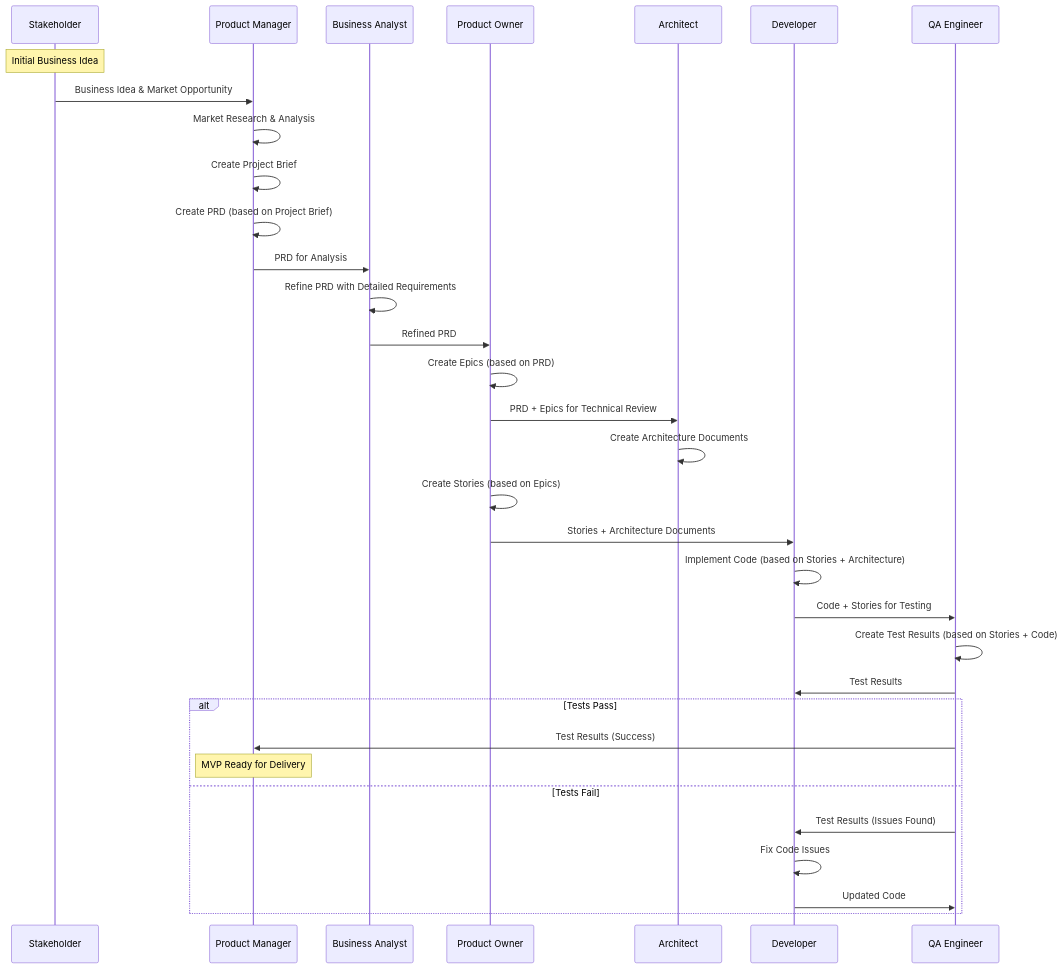
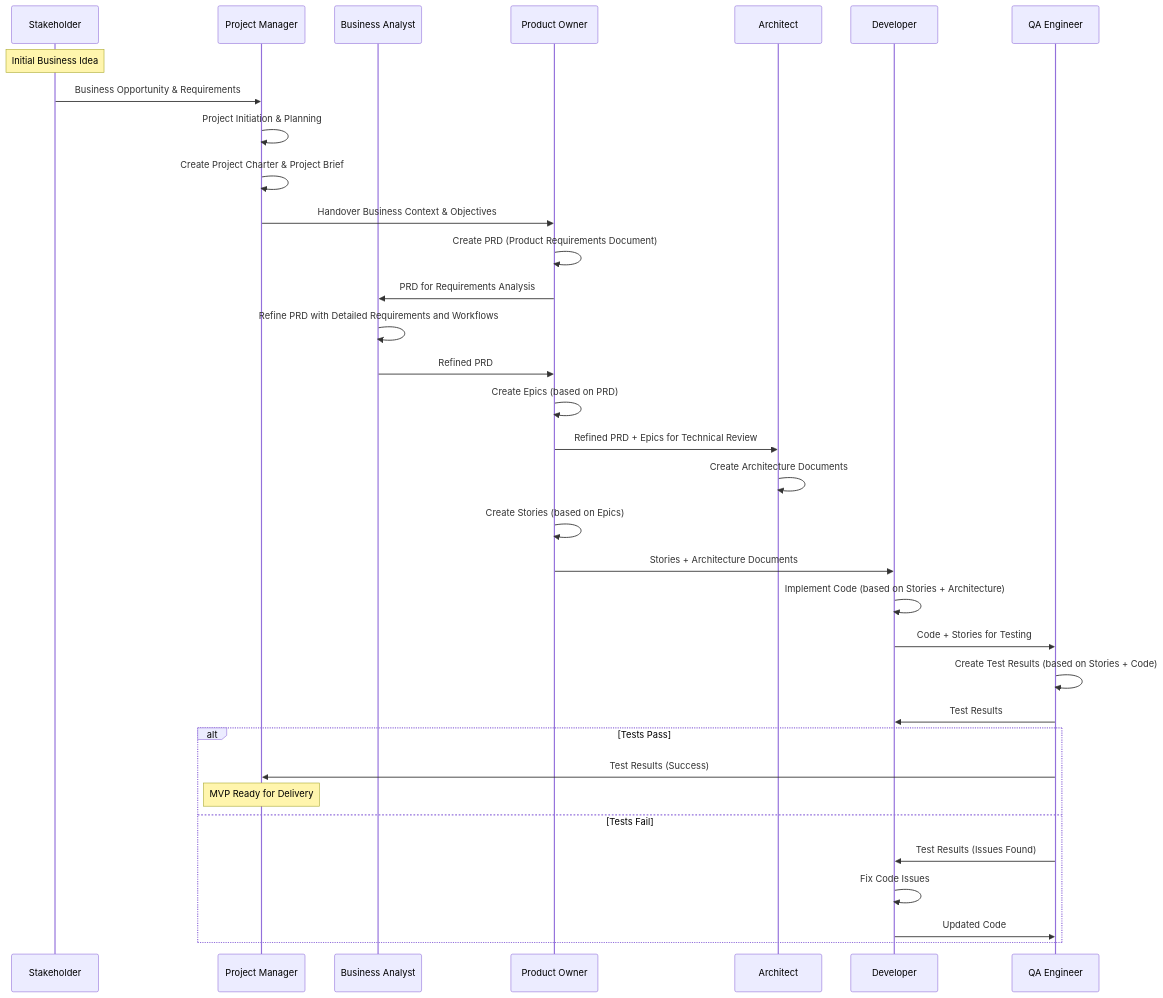
The third of 3 diagrams in docs/architecture/13-sdlc-framework.md (KubeRocketCI/kuberocketai), drawn with Mermaid before and after one commit. The commit also changed other lines of this file and 45 other files, not shown here.

````diff
--- a/docs/architecture/13-sdlc-framework.md
+++ b/docs/architecture/13-sdlc-framework.md
@@ -205,43 +221,44 @@
 ```mermaid
 sequenceDiagram
-    participant Stakeholder
-    participant PM as Product Manager
-    participant BA as Business Analyst
-    participant PO as Product Owner
-    participant Arch as Architect
-    participant Dev as Developer
-    participant QA as QA Engineer
+ participant Stakeholder
+ participant PM as Project Manager
+ participant BA as Business Analyst
+ participant PO as Product Owner
+ participant Arch as Architect
+ participant Dev as Developer
+ participant QA as QA Engineer
 
-    Note over Stakeholder: Initial Business Idea
+ Note over Stakeholder: Initial Business Idea
 
-    Stakeholder->>PM: Business Idea & Market Opportunity
-    PM->>PM: Market Research & Analysis
-    PM->>PM: Create Project Brief
+ Stakeholder->>PM: Business Opportunity & Requirements
+ PM->>PM: Project Initiation & Planning
+ PM->>PM: Create Project Charter & Project Brief
 
-    PM->>PM: Create PRD (based on Project Brief)
-    PM->>BA: PRD for Analysis
-    BA->>BA: Refine PRD with Detailed Requirements
-    BA->>PO: Refined PRD
+ PM->>PO: Handover Business Context & Objectives
+ PO->>PO: Create PRD (Product Requirements Document)
+ PO->>BA: PRD for Requirements Analysis
+ BA->>BA: Refine PRD with Detailed Requirements and Workflows
+ BA->>PO: Refined PRD
 
-    PO->>PO: Create Epics (based on PRD)
-    PO->>Arch: PRD + Epics for Technical Review
-    Arch->>Arch: Create Architecture Documents
+ PO->>PO: Create Epics (based on PRD)
+ PO->>Arch: Refined PRD + Epics for Technical Review
+ Arch->>Arch: Create Architecture Documents
 
-    PO->>PO: Create Stories (based on Epics)
-    PO->>Dev: Stories + Architecture Documents
+ PO->>PO: Create Stories (based on Epics)
+ PO->>Dev: Stories + Architecture Documents
 
-    Dev->>Dev: Implement Code (based on Stories + Architecture)
-    Dev->>QA: Code + Stories for Testing
+ Dev->>Dev: Implement Code (based on Stories + Architecture)
+ Dev->>QA: Code + Stories for Testing
 
-    QA->>QA: Create Test Results (based on Stories + Code)
-    QA->>Dev: Test Results
+ QA->>QA: Create Test Results (based on Stories + Code)
+ QA->>Dev: Test Results
 
-    alt Tests Pass
-        QA->>PM: Test Results (Success)
-        Note over PM: MVP Ready for Delivery
-    else Tests Fail
-        QA->>Dev: Test Results (Issues Found)
-        Dev->>Dev: Fix Code Issues
-        Dev->>QA: Updated Code
-    end
+ alt Tests Pass
+ QA->>PM: Test Results (Success)
+ Note over PM: MVP Ready for Delivery
+ else Tests Fail
+ QA->>Dev: Test Results (Issues Found)
+ Dev->>Dev: Fix Code Issues
+ Dev->>QA: Updated Code
+ end
 ```
````
